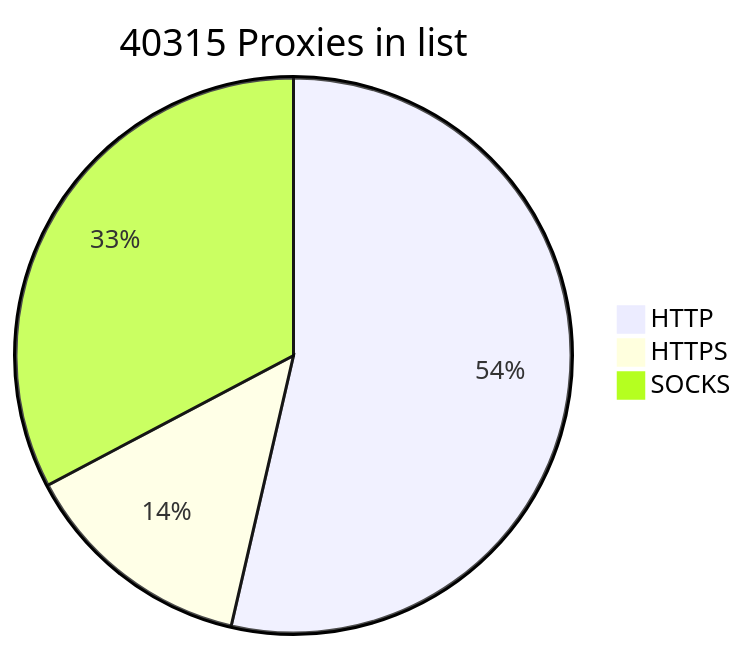
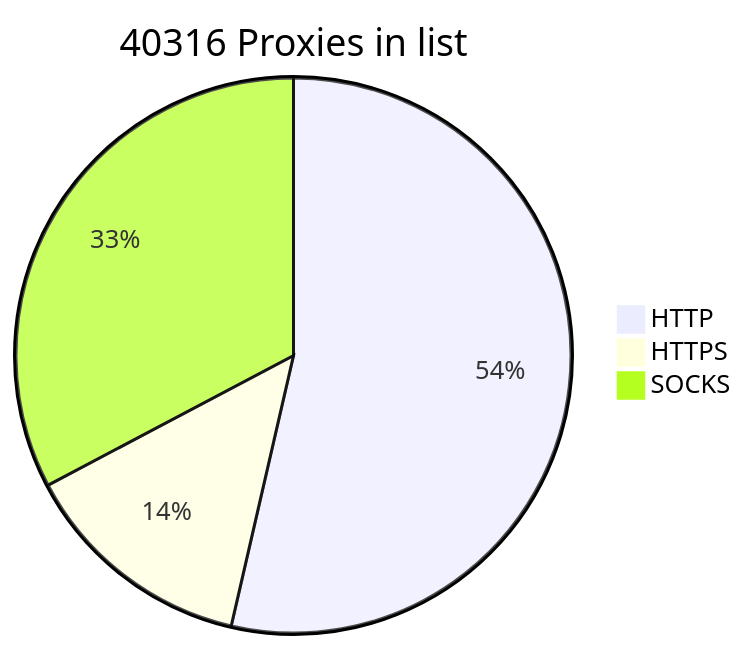
The diagram in README.md (BlackSnowDot/proxylist-update-every-minute), drawn with Mermaid before and after one commit.

````diff
--- a/README.md
+++ b/README.md
@@ -2,6 +2,6 @@
 ```mermaid
-pie title 40315 Proxies in list
-    "HTTP" : 24234
-    "HTTPS": 6177
-    "SOCKS" : 14798
+pie title 40316 Proxies in list
+    "HTTP" : 24232
+    "HTTPS": 6176
+    "SOCKS" : 14799
 ```
````
